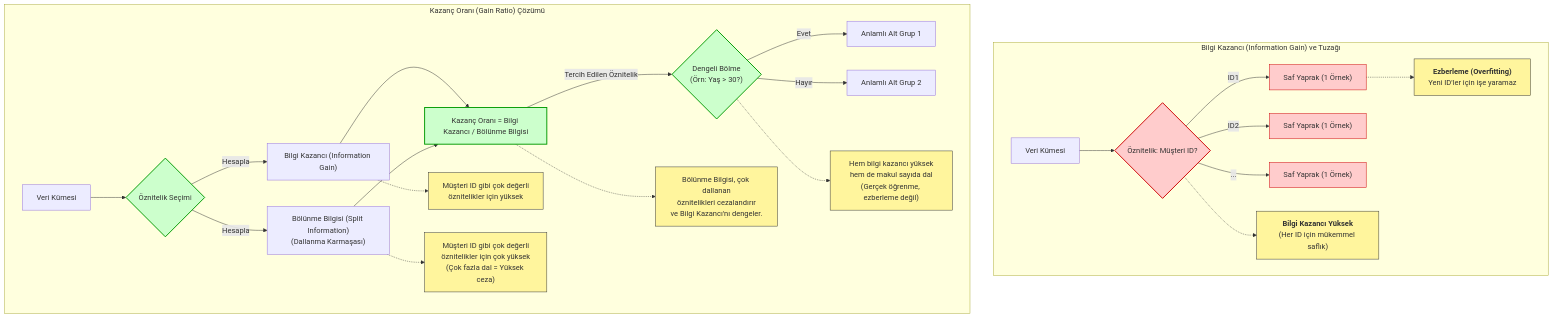
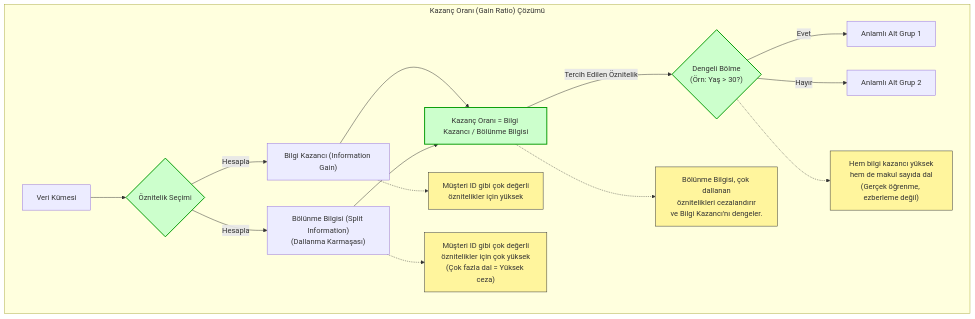
Before and after one commit to erkanozhan/datamining: the tenth of 10 diagrams in Ders_Notu.md, drawn with Mermaid. The commit also changed other lines of this file, not shown here.

````diff
--- a/Ders_Notu.md
+++ b/Ders_Notu.md
@@ -697,47 +859,29 @@
 ```mermaid
 graph TD
-    subgraph "Bilgi Kazancı (Information Gain) ve Tuzağı"
-        A[Veri Kümesi] --> B{Öznitelik: Müşteri ID?}
-        B -- "ID1" --> C1["Saf Yaprak (1 Örnek)"]
-        B -- "ID2" --> C2["Saf Yaprak (1 Örnek)"]
-        B -- "..." --> Cn["Saf Yaprak (1 Örnek)"]
-
-        NoteB["<b>Bilgi Kazancı Yüksek</b><br/>(Her ID için mükemmel saflık)"]
-        B -.-> NoteB
-        NoteC1["<b>Ezberleme (Overfitting)</b><br/>Yeni ID'ler için işe yaramaz"]
-        C1 -.-> NoteC1
-        style B fill:#ffcccc,stroke:#cc0000,stroke-width:2px
-        style C1 fill:#ffcccc,stroke:#cc0000,stroke-width:1px
-        style C2 fill:#ffcccc,stroke:#cc0000,stroke-width:1px
-        style Cn fill:#ffcccc,stroke:#cc0000,stroke-width:1px
-        style NoteB fill:#fff59d,stroke:#333,stroke-width:1px
-        style NoteC1 fill:#fff59d,stroke:#333,stroke-width:1px
-        end
-
-        subgraph "Kazanç Oranı (Gain Ratio) Çözümü"
+    subgraph "Kazanç Oranı (Gain Ratio) Çözümü"
         D[Veri Kümesi] --> E{Öznitelik Seçimi}
         E -- "Hesapla" --> F["Bilgi Kazancı (Information Gain)"]
         E -- "Hesapla" --> G["Bölünme Bilgisi (Split Information)<br/>(Dallanma Karmaşası)"]
         F & G --> H["Kazanç Oranı = Bilgi Kazancı / Bölünme Bilgisi"]
         H -- "Tercih Edilen Öznitelik" --> I{"Dengeli Bölme<br/>(Örn: Yaş > 30?)"}
         I -- "Evet" --> J[Anlamlı Alt Grup 1]
         I -- "Hayır" --> K[Anlamlı Alt Grup 2]
         
         NoteF["Müşteri ID gibi çok değerli<br/>öznitelikler için yüksek"]
         F -.-> NoteF
         NoteG["Müşteri ID gibi çok değerli<br/>öznitelikler için çok yüksek<br/>(Çok fazla dal = Yüksek ceza)"]
         G -.-> NoteG
         NoteH["Bölünme Bilgisi, çok dallanan<br/>öznitelikleri cezalandırır<br/>ve Bilgi Kazancı'nı dengeler."]
         H -.-> NoteH
         NoteI["Hem bilgi kazancı yüksek<br/>hem de makul sayıda dal<br/>(Gerçek öğrenme, ezberleme değil)"]
         I -.-> NoteI
 
         style NoteF fill:#fff59d,stroke:#333,stroke-width:1px
         style NoteG fill:#fff59d,stroke:#333,stroke-width:1px
         style NoteH fill:#fff59d,stroke:#333,stroke-width:1px
         style NoteI fill:#fff59d,stroke:#333,stroke-width:1px
         style E fill:#ccffcc,stroke:#009900,stroke-width:2px
         style H fill:#ccffcc,stroke:#009900,stroke-width:2px
         style I fill:#ccffcc,stroke:#009900,stroke-width:2px
     end
 ```
````
